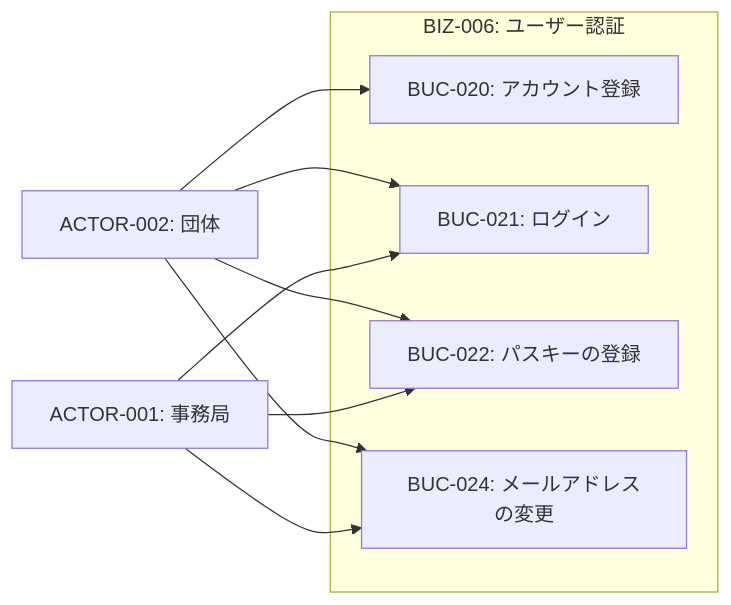
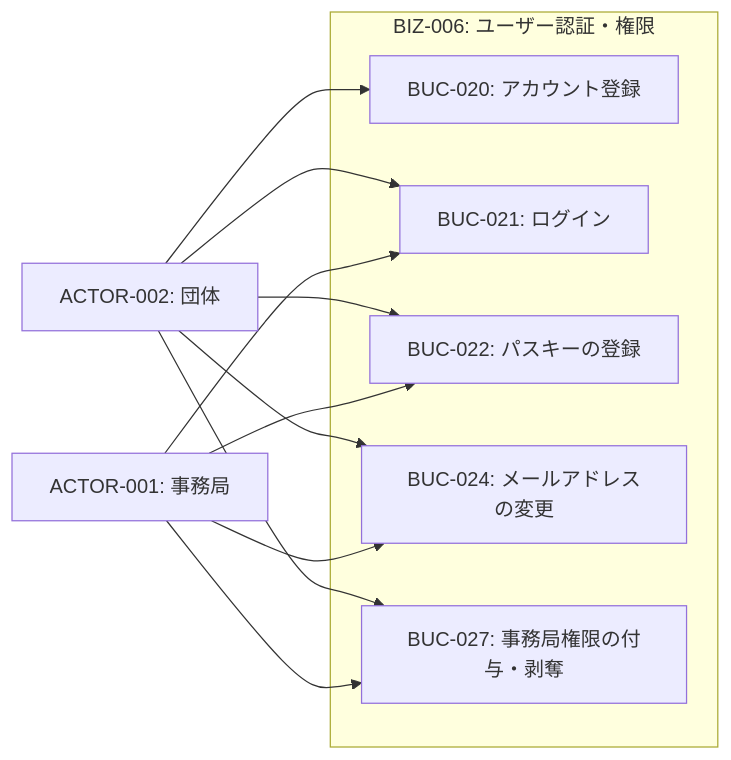
Before and after one commit to gdsc-osaka/iclub-reserve: the first of 6 diagrams in rdra/contexts/user-authentication.md, drawn with Mermaid. The commit also changed other lines of this file and 13 other files, not shown here.

````diff
--- a/rdra/contexts/user-authentication.md
+++ b/rdra/contexts/user-authentication.md
@@ -146,20 +207,23 @@
 ```mermaid
 graph LR
     actor1["ACTOR-001: 事務局"]
     actor2["ACTOR-002: 団体"]
 
-    subgraph biz6["BIZ-006: ユーザー認証"]
+    subgraph biz6["BIZ-006: ユーザー認証・権限"]
         buc20["BUC-020: アカウント登録"]
         buc21["BUC-021: ログイン"]
         buc22["BUC-022: パスキーの登録"]
         buc24["BUC-024: メールアドレスの変更"]
+        buc27["BUC-027: 事務局権限の付与・剥奪"]
     end
 
     actor2 --> buc20
     actor1 --> buc21
     actor2 --> buc21
     actor1 --> buc22
     actor2 --> buc22
     actor1 --> buc24
     actor2 --> buc24
+    actor1 --> buc27
+    actor2 --> buc27
 ```
````
